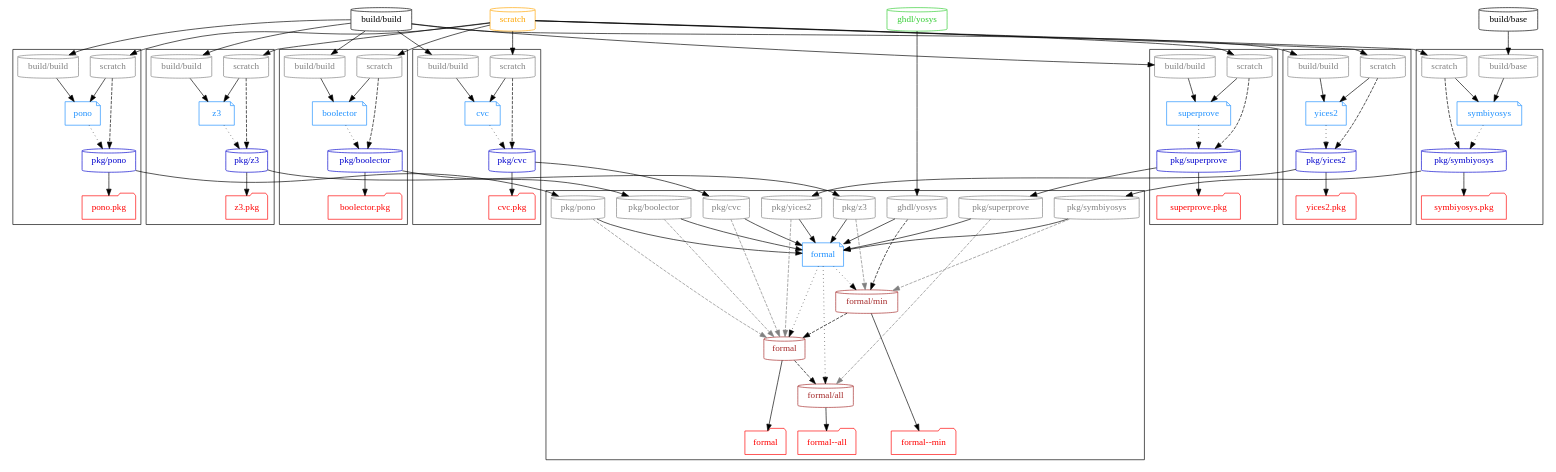
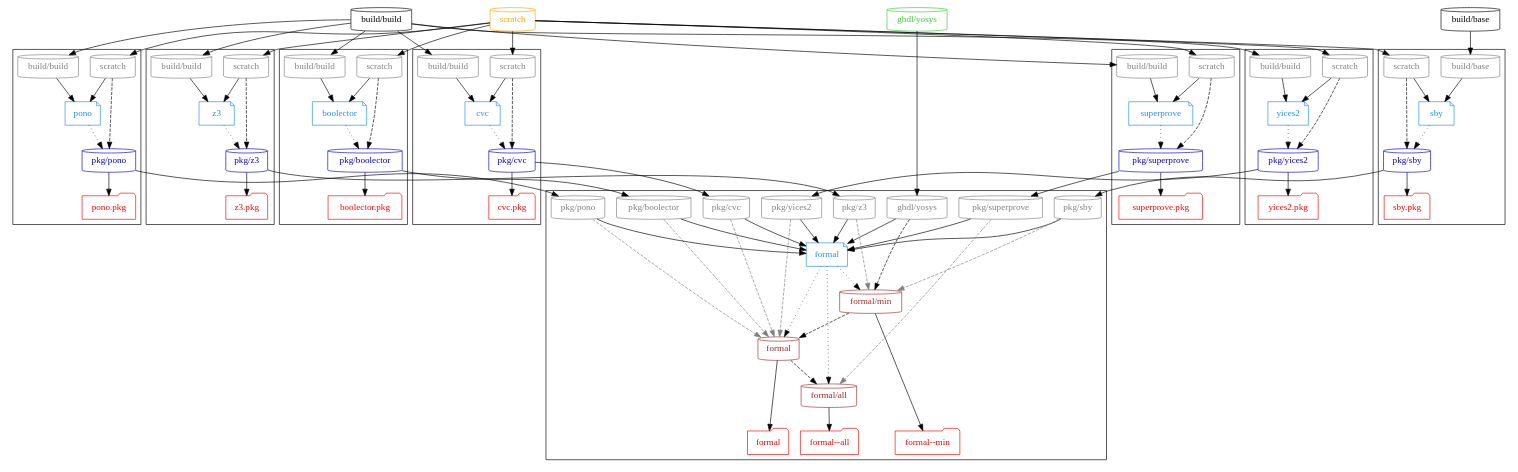
Before and after one commit to hdl/containers: the diagram in doc/graph/formal.dot, drawn with Graphviz. The commit also changed 11 other files, not shown here.

Commit message:
s/symbiyosys/sby/

```diff
--- a/doc/graph/formal.dot
+++ b/doc/graph/formal.dot
@@ -29,10 +29,10 @@
   { node [shape=note, color=dodgerblue, fontcolor=dodgerblue]
     d_boolector   [label="boolector"];
     d_pono        [label="pono"];
-    d_cvc        [label="cvc"];
+    d_cvc         [label="cvc"];
     d_formal      [label="formal"];
     d_superprove  [label="superprove"];
-    d_symbiyosys  [label="symbiyosys"];
+    d_sby         [label="sby"];
     d_yices2      [label="yices2"];
     d_z3          [label="z3"];
   }
@@ -50,7 +50,7 @@
       "pkg/cvc"
       "pkg/pono"
       "pkg/superprove"
-      "pkg/symbiyosys"
+      "pkg/sby"
       "pkg/yices2"
       "pkg/z3"
     }
@@ -132,18 +132,18 @@
     "pkg/superprove" -> "t_pkg/superprove";
   }
 
-  subgraph cluster_symbiyosys {
+  subgraph cluster_sby {
     { rank=same
       node [shape=cylinder, color=grey, fontcolor=grey]
-      "p_symbiyosys_scratch" [label="scratch"]
-      "p_symbiyosys_build/base" [label="build/base"]
+      "p_sby_scratch" [label="scratch"]
+      "p_sby_build/base" [label="build/base"]
     }
 
-    d_symbiyosys -> "pkg/symbiyosys" [style=dotted];
+    d_sby -> "pkg/sby" [style=dotted];
 
-    "t_pkg/symbiyosys" [shape=folder, color=red, fontcolor=red, label="symbiyosys.pkg"];
+    "t_pkg/sby" [shape=folder, color=red, fontcolor=red, label="sby.pkg"];
 
-    "pkg/symbiyosys" -> "t_pkg/symbiyosys";
+    "pkg/sby" -> "t_pkg/sby";
   }
 
   subgraph cluster_yices2 {
@@ -181,7 +181,7 @@
       "p_formal_cvc" [label="pkg/cvc"]
       "p_formal_ghdl" [label="ghdl/yosys"]
       "p_formal_pono" [label="pkg/pono"]
-      "p_formal_symbiyosys" [label="pkg/symbiyosys"]
+      "p_formal_sby" [label="pkg/sby"]
       "p_formal_superprove" [label="pkg/superprove"]
       "p_formal_z3" [label="pkg/z3"]
       "p_formal_yices2" [label="pkg/yices2"]
@@ -210,7 +210,7 @@
     d_cvc
     d_pono
     d_superprove
-    d_symbiyosys
+    d_sby
     d_yices2
     d_z3
   }
@@ -224,7 +224,7 @@
   "scratch" -> "p_cvc_scratch" -> d_cvc;
 
   "ghdl/yosys" -> "p_formal_ghdl" -> d_formal;
-  "pkg/symbiyosys" -> "p_formal_symbiyosys" -> d_formal;
+  "pkg/sby" -> "p_formal_sby" -> d_formal;
   "pkg/boolector" -> "p_formal_boolector" -> d_formal;
   "pkg/cvc" -> "p_formal_cvc" -> d_formal;
   "pkg/pono" -> "p_formal_pono" -> d_formal;
@@ -235,8 +235,8 @@
   "build/build" -> "p_pono_build/build" -> d_pono;
   "scratch" -> "p_pono_scratch" -> d_pono;
 
-  "build/base" -> "p_symbiyosys_build/base" -> d_symbiyosys;
-  "scratch" -> "p_symbiyosys_scratch" -> d_symbiyosys;
+  "build/base" -> "p_sby_build/base" -> d_sby;
+  "scratch" -> "p_sby_scratch" -> d_sby;
 
   "build/build" -> "p_superprove_build/build" -> d_superprove;
   "scratch" -> "p_superprove_scratch" -> d_superprove;
@@ -255,14 +255,14 @@
     "p_formal_ghdl" -> "formal/min" -> "formal" -> "formal/all";
     "p_pono_scratch" -> "pkg/pono";
     "p_superprove_scratch" -> "pkg/superprove";
-    "p_symbiyosys_scratch" -> "pkg/symbiyosys";
+    "p_sby_scratch" -> "pkg/sby";
     "p_yices2_scratch" -> "pkg/yices2";
     "p_z3_scratch" -> "pkg/z3";
   }
 
   { edge [style=dashed, color=grey]
     {
-      "p_formal_symbiyosys",
+      "p_formal_sby",
       "p_formal_z3"
     } -> "formal/min";
 
```
